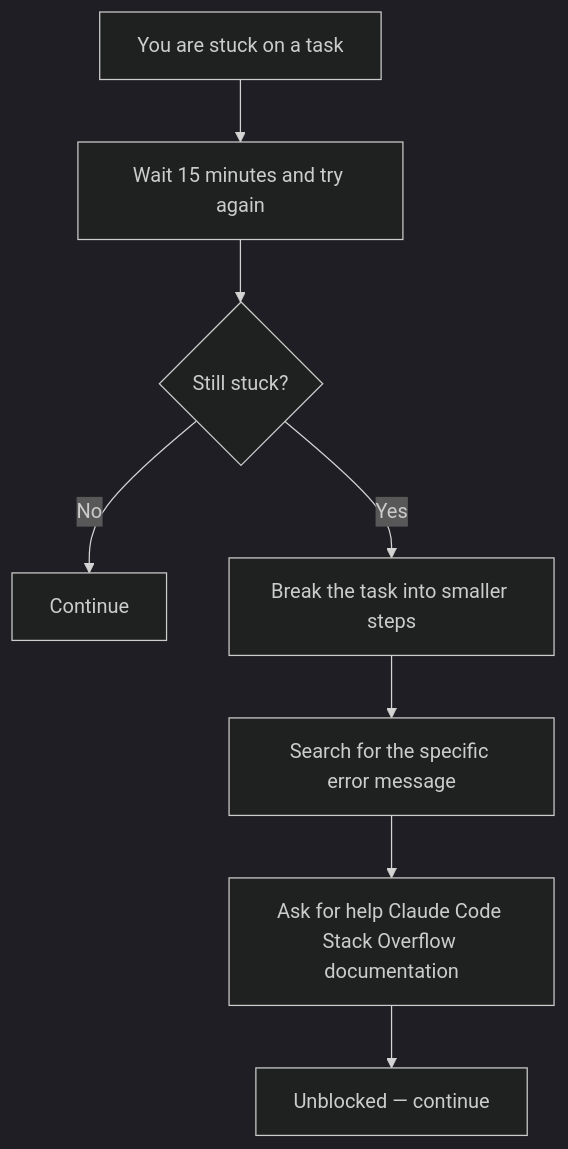
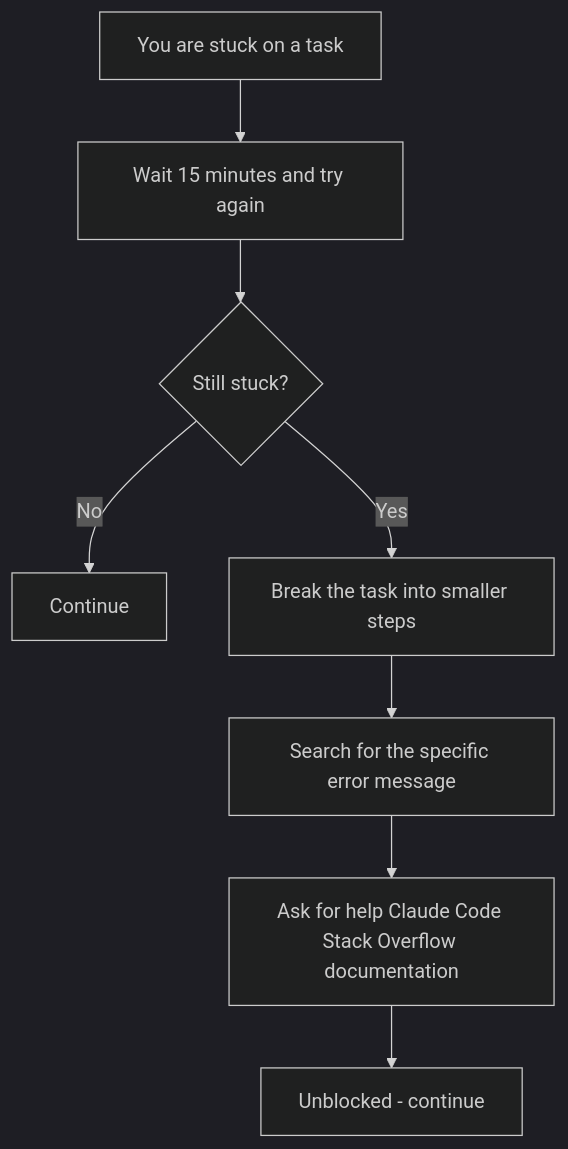
One commit to wongjinar-ai/expample changed the fourth of 6 diagrams in learning/04-project-management.md. Above: the diagram before and after it, drawn with Mermaid (dark theme). The commit also changed other lines of this file and 24 other files, not shown here.

````diff
--- a/learning/04-project-management.md
+++ b/learning/04-project-management.md
@@ -120,10 +120,10 @@
 ```mermaid
 flowchart TD
     Stuck[You are stuck on a task] --> Wait[Wait 15 minutes and try again]
     Wait --> StillStuck{Still stuck?}
     StillStuck -->|No| Continue[Continue]
     StillStuck -->|Yes| Smaller[Break the task into smaller steps]
     Smaller --> Search[Search for the specific error message]
     Search --> Ask[Ask for help Claude Code Stack Overflow documentation]
-    Ask --> Unblocked[Unblocked — continue]
+    Ask --> Unblocked[Unblocked - continue]
 ```
````
